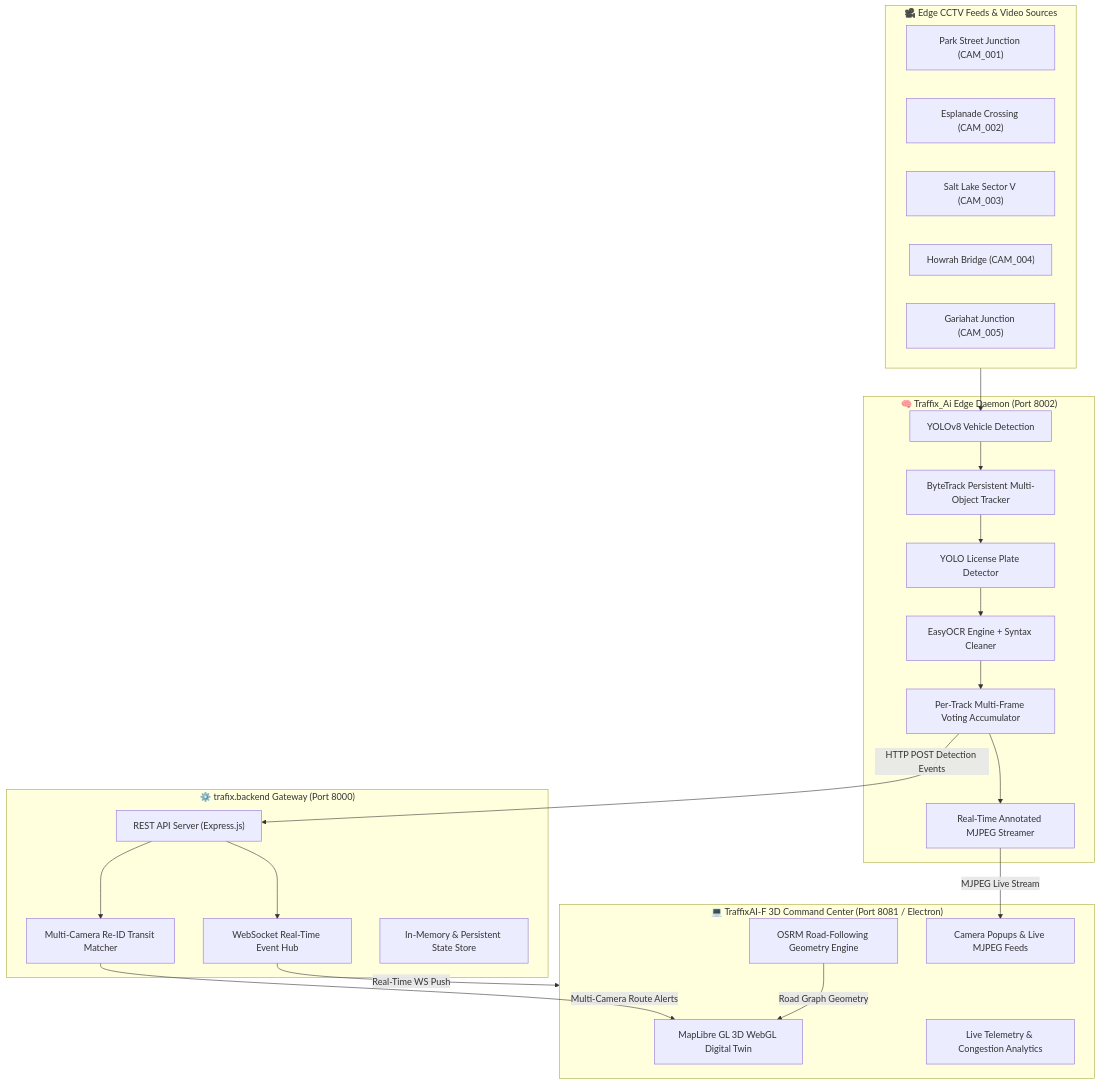
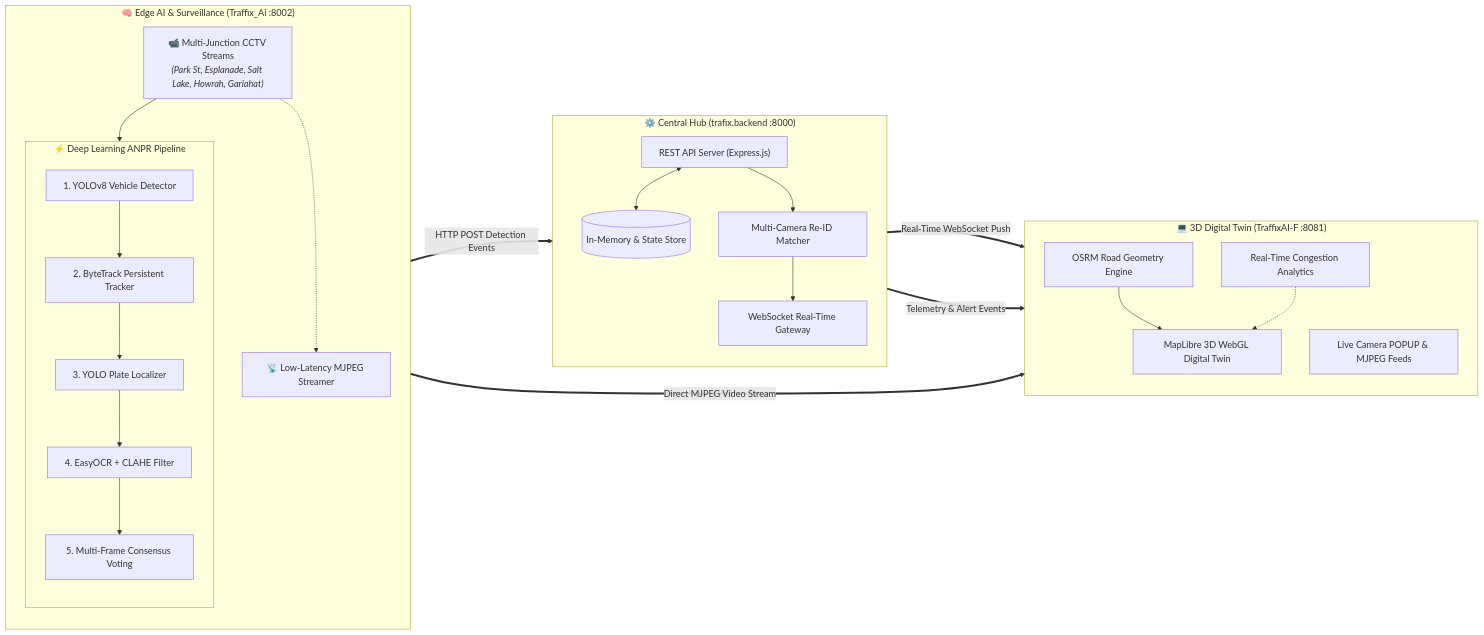
One commit to mahammadanish321/TEAFFIX changed the first of 2 diagrams in README.md. Above: the diagram before and after it, drawn with Mermaid.

Commit message:
style(docs): optimize architecture flowchart into balanced 3-column layout

````diff
--- a/README.md
+++ b/README.md
@@ -46,47 +46,51 @@
 ```mermaid
-flowchart TD
-    subgraph CCTV_Streams["🎥 Edge CCTV Feeds & Video Sources"]
-        C1["Park Street Junction (CAM_001)"]
-        C2["Esplanade Crossing (CAM_002)"]
-        C3["Salt Lake Sector V (CAM_003)"]
-        C4["Howrah Bridge (CAM_004)"]
-        C5["Gariahat Junction (CAM_005)"]
+flowchart LR
+    subgraph Edge["🧠 Edge AI & Surveillance (Traffix_Ai :8002)"]
+        direction TB
+        CCTV["📹 Multi-Junction CCTV Streams<br/><i>(Park St, Esplanade, Salt Lake, Howrah, Gariahat)</i>"]
+        
+        subgraph Pipeline["⚡ Deep Learning ANPR Pipeline"]
+            direction TB
+            YOLO["1. YOLOv8 Vehicle Detector"]
+            BT["2. ByteTrack Persistent Tracker"]
+            LPD["3. YOLO Plate Localizer"]
+            OCR["4. EasyOCR + CLAHE Filter"]
+            VOTE["5. Multi-Frame Consensus Voting"]
+            YOLO --> BT --> LPD --> OCR --> VOTE
+        end
+
+        STREAM["📡 Low-Latency MJPEG Streamer"]
+        
+        CCTV --> Pipeline
+        CCTV -.-> STREAM
     end
 
-    subgraph AI_Engine["🧠 Traffix_Ai Edge Daemon (Port 8002)"]
-        YOLO["YOLOv8 Vehicle Detection"]
-        BT["ByteTrack Persistent Multi-Object Tracker"]
-        LPD["YOLO License Plate Detector"]
-        OCR["EasyOCR Engine + Syntax Cleaner"]
-        VOTE["Per-Track Multi-Frame Voting Accumulator"]
-        MJPEG["Real-Time Annotated MJPEG Streamer"]
+    subgraph Backend["⚙️ Central Hub (trafix.backend :8000)"]
+        direction TB
+        REST["REST API Server (Express.js)"]
+        STORE[("In-Memory & State Store")]
+        REID["Multi-Camera Re-ID Matcher"]
+        WS["WebSocket Real-Time Gateway"]
+
+        REST <--> STORE
+        REST --> REID
+        REID --> WS
     end
 
-    subgraph Central_Backend["⚙️ trafix.backend Gateway (Port 8000)"]
-        REST["REST API Server (Express.js)"]
-        WS["WebSocket Real-Time Event Hub"]
-        REID["Multi-Camera Re-ID Transit Matcher"]
-        STORE["In-Memory & Persistent State Store"]
+    subgraph Frontend["💻 3D Digital Twin (TraffixAI-F :8081)"]
+        direction TB
+        MAP["MapLibre 3D WebGL Digital Twin"]
+        OSRM["OSRM Road Geometry Engine"]
+        ANALYTICS["Real-Time Congestion Analytics"]
+        POPUP["Live Camera POPUP & MJPEG Feeds"]
+
+        OSRM --> MAP
+        ANALYTICS -.-> MAP
     end
 
-    subgraph Desktop_GUI["💻 TraffixAI-F 3D Command Center (Port 8081 / Electron)"]
-        MAP["MapLibre GL 3D WebGL Digital Twin"]
-        OSRM["OSRM Road-Following Geometry Engine"]
-        ANALYTICS["Live Telemetry & Congestion Analytics"]
-        POPUP["Camera Popups & Live MJPEG Feeds"]
-    end
-
-    CCTV_Streams --> YOLO
-    YOLO --> BT
-    BT --> LPD
-    LPD --> OCR
-    OCR --> VOTE
-    VOTE --> MJPEG
-    VOTE -->|HTTP POST Detection Events| REST
-    MJPEG -->|MJPEG Live Stream| POPUP
-    REST --> WS
-    REST --> REID
-    WS -->|Real-Time WS Push| Desktop_GUI
-    REID -->|Multi-Camera Route Alerts| MAP
-    OSRM -->|Road Graph Geometry| MAP
+    %% Data Flow Connections
+    VOTE ==>|HTTP POST Detection Events| REST
+    STREAM ==>|Direct MJPEG Video Stream| POPUP
+    WS ==>|Real-Time WebSocket Push| MAP
+    WS ==>|Telemetry & Alert Events| ANALYTICS
 ```
````
